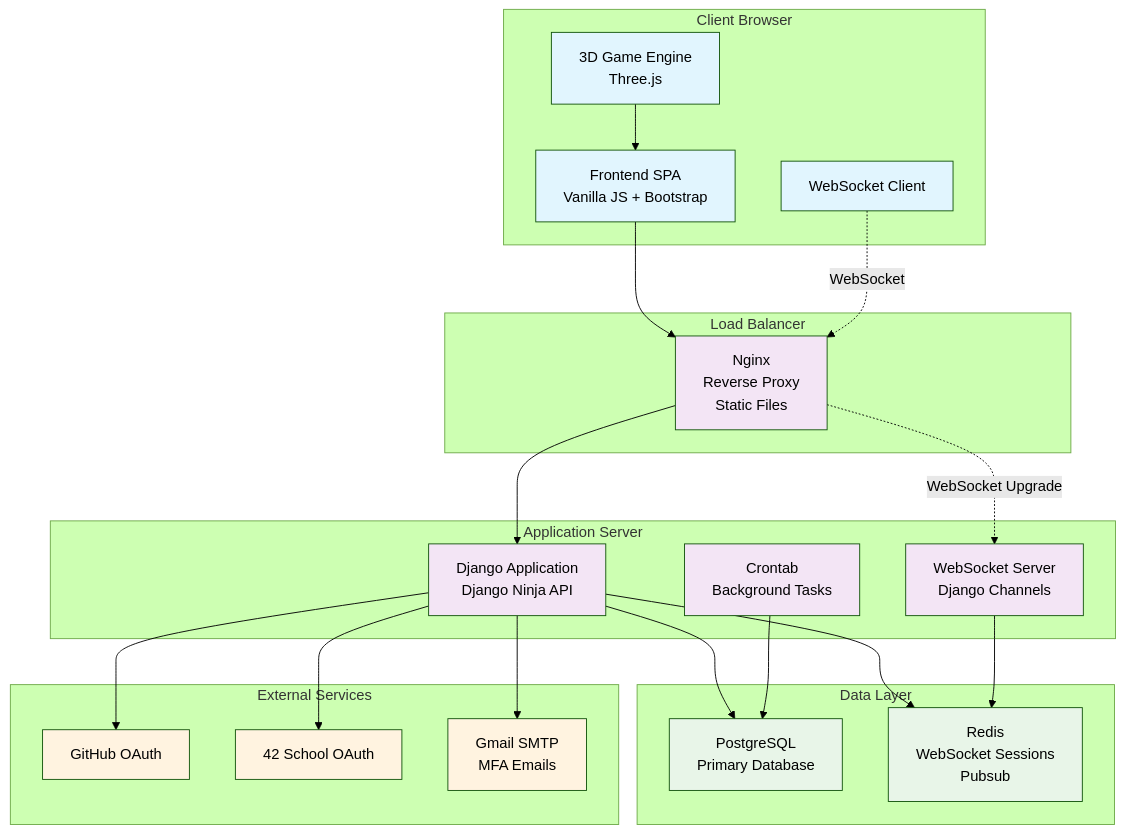
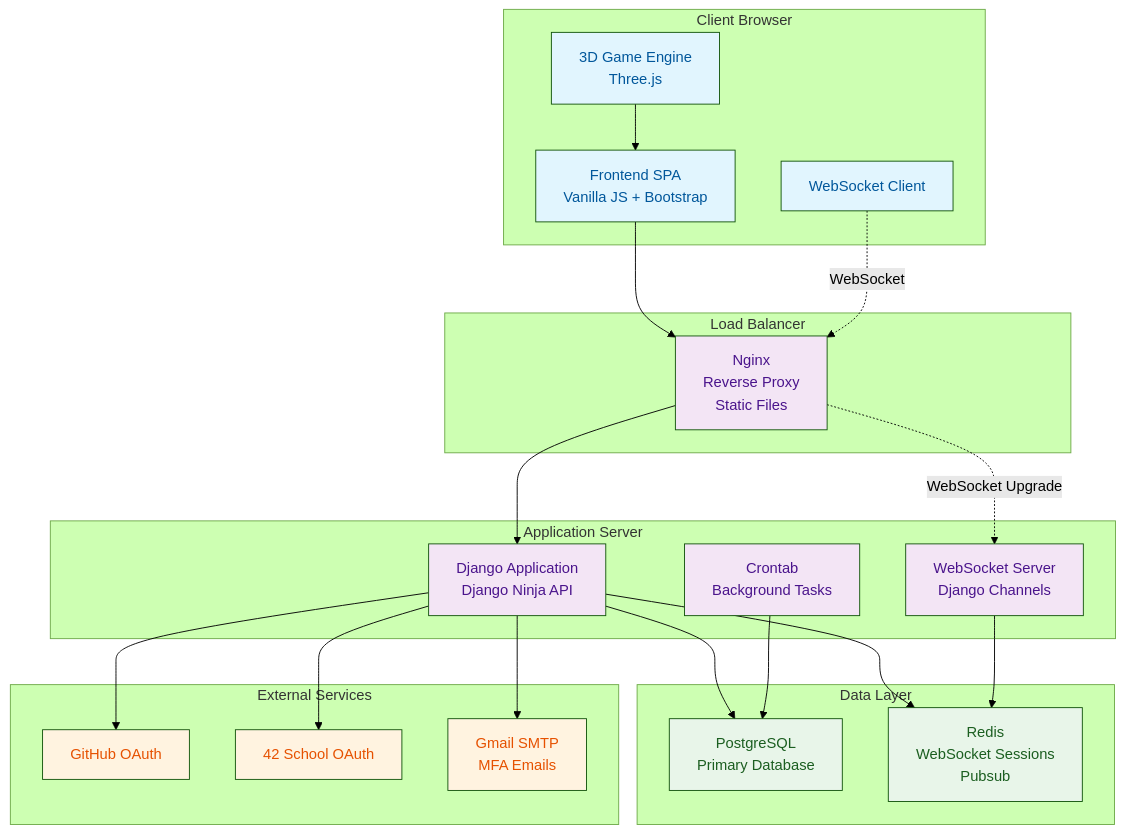
The diagram in README.md (ysengoku/42-ft_transcendence), drawn with Mermaid (forest theme) before and after one commit.

Commit message:
docs: add text color config to mermaid chart

````diff
--- a/README.md
+++ b/README.md
@@ -103,61 +103,61 @@
 ```mermaid
 graph TB
     subgraph "Client Browser"
         UI[Frontend SPA<br/>Vanilla JS + Bootstrap]
         WS_CLIENT[WebSocket Client]
         GAME_ENGINE[3D Game Engine<br/>Three.js]
     end
 
     subgraph "Load Balancer"
         NGINX[Nginx<br/>Reverse Proxy<br/>Static Files]
     end
 
     subgraph "Application Server"
         DJANGO[Django Application<br/>Django Ninja API]
         WS_SERVER[WebSocket Server<br/>Django Channels]
         CRON[Crontab<br/>Background Tasks]
     end
 
     subgraph "Data Layer"
         POSTGRES[PostgreSQL<br/>Primary Database]
         REDIS[Redis<br/>WebSocket Sessions<br/>Pubsub]
     end
 
     subgraph "External Services"
         GITHUB[GitHub OAuth]
         FORTYTWO[42 School OAuth]
         GMAIL[Gmail SMTP<br/>MFA Emails]
     end
 
     %% Client connections
     UI --> NGINX
     WS_CLIENT -.->|WebSocket| NGINX
     GAME_ENGINE --> UI
 
     %% Load balancer routing
     NGINX --> DJANGO
     NGINX -.->|WebSocket Upgrade| WS_SERVER
 
     %% Application layer
     DJANGO --> POSTGRES
     DJANGO --> REDIS
     WS_SERVER --> REDIS
     CRON --> POSTGRES
 
     %% External integrations
     DJANGO --> GITHUB
     DJANGO --> FORTYTWO
     DJANGO --> GMAIL
 
     %% Styling
-    classDef frontend fill:#e1f5fe
-    classDef backend fill:#f3e5f5
-    classDef database fill:#e8f5e8
-    classDef external fill:#fff3e0
-    classDef logs fill:#fce4ec
+    classDef frontend fill:#e1f5fe,color:#01579b
+    classDef backend fill:#f3e5f5,color:#4a148c
+    classDef database fill:#e8f5e9,color:#1b5e20
+    classDef logs fill:#fce4ec,color:#880e4f
+    classDef external fill:#fff3e0,color:#e65100
 
     class UI,WS_CLIENT,GAME_ENGINE frontend
     class NGINX,DJANGO,WS_SERVER,CRON backend
     class POSTGRES,REDIS database
     class GITHUB,FORTYTWO,GMAIL external
 ```
````
